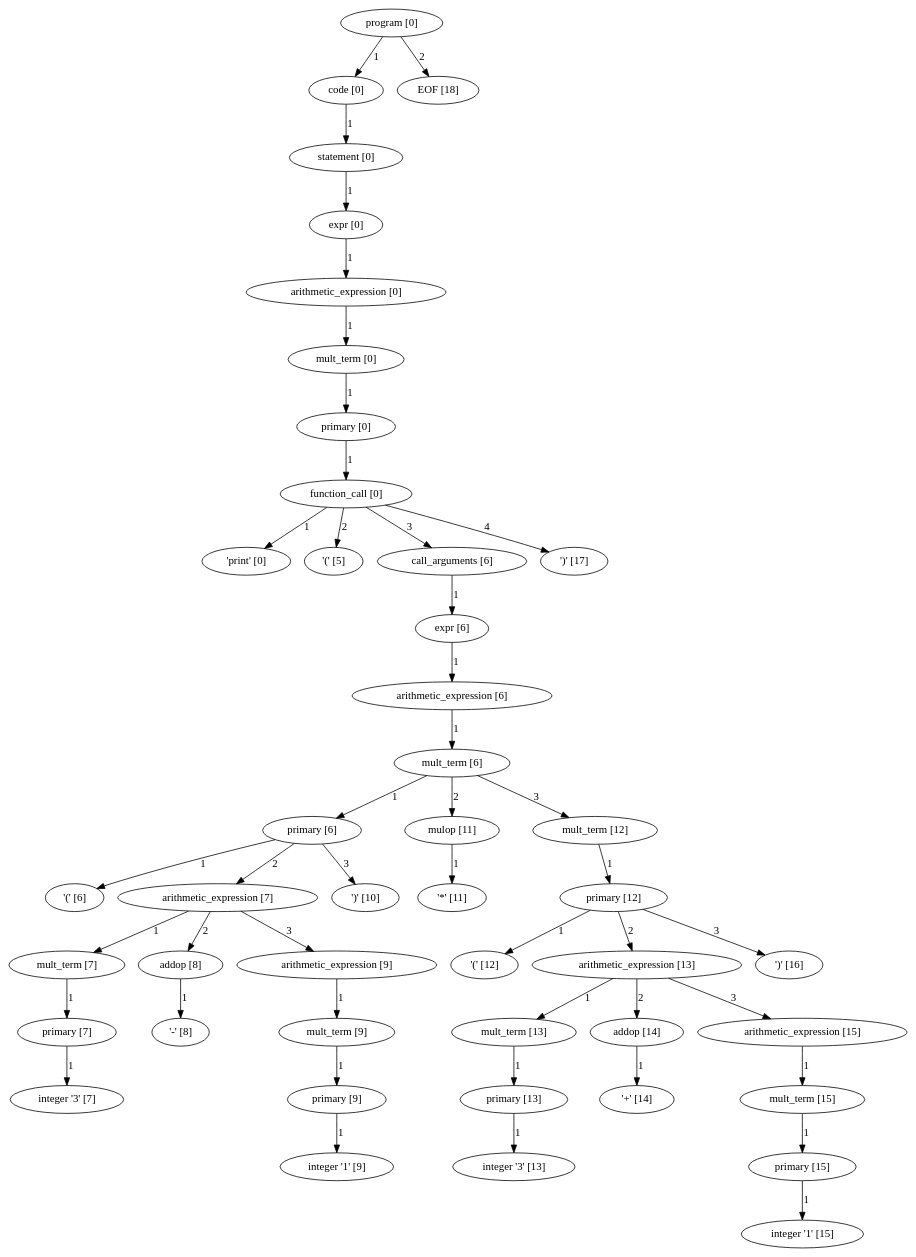
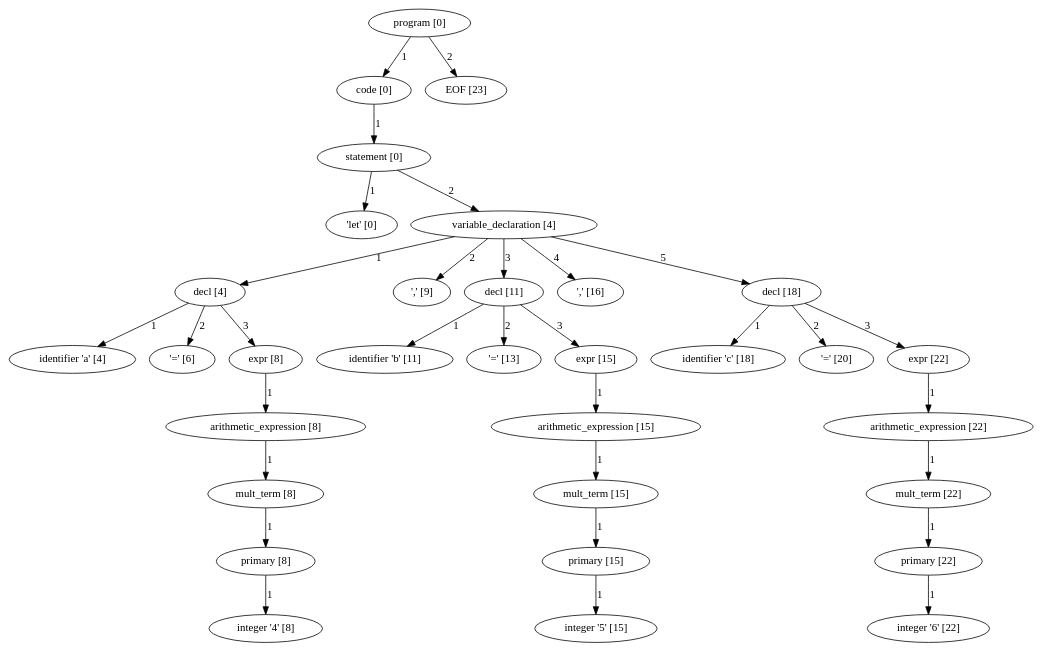
The diagram in my_parse_tree.dot (pragdave/cs3342_smurf), drawn with Graphviz before and after one commit. The commit also changed 8 other files, not shown here.

```diff
--- a/my_parse_tree.dot
+++ b/my_parse_tree.dot
@@ -1,135 +1,96 @@
 digraph arpeggio_graph {
-4442480960 [label="program [0]"];
-4442480960->4442480832 [label="1"]
+4402966976 [label="program [0]"];
+4402966976->4402966848 [label="1"]
 
-4442480832 [label="code [0]"];
-4442480832->4442480704 [label="1"]
+4402966848 [label="code [0]"];
+4402966848->4402966720 [label="1"]
 
-4442480704 [label="statement [0]"];
-4442480704->4442345280 [label="1"]
+4402966720 [label="statement [0]"];
+4402966720->4402617248 [label="1"]
 
-4442345280 [label="expr [0]"];
-4442345280->4442345152 [label="1"]
+4402617248 [label=" 'let' [0]"];
+4402966720->4402966592 [label="2"]
 
-4442345152 [label="arithmetic_expression [0]"];
-4442345152->4442345024 [label="1"]
+4402966592 [label="variable_declaration [4]"];
+4402966592->4402850368 [label="1"]
 
-4442345024 [label="mult_term [0]"];
-4442345024->4442344896 [label="1"]
+4402850368 [label="decl [4]"];
+4402850368->4402617472 [label="1"]
 
-4442344896 [label="primary [0]"];
-4442344896->4442344768 [label="1"]
+4402617472 [label="identifier 'a' [4]"];
+4402850368->4402617584 [label="2"]
 
-4442344768 [label="function_call [0]"];
-4442344768->4441912032 [label="1"]
+4402617584 [label=" '=' [6]"];
+4402850368->4402850240 [label="3"]
 
-4441912032 [label=" 'print' [0]"];
-4442344768->4441912144 [label="2"]
+4402850240 [label="expr [8]"];
+4402850240->4402850112 [label="1"]
 
-4441912144 [label=" '(' [5]"];
-4442344768->4442344640 [label="3"]
+4402850112 [label="arithmetic_expression [8]"];
+4402850112->4402849984 [label="1"]
 
-4442344640 [label="call_arguments [6]"];
-4442344640->4442344512 [label="1"]
+4402849984 [label="mult_term [8]"];
+4402849984->4402849856 [label="1"]
 
-4442344512 [label="expr [6]"];
-4442344512->4442344384 [label="1"]
+4402849856 [label="primary [8]"];
+4402849856->4402951216 [label="1"]
 
-4442344384 [label="arithmetic_expression [6]"];
-4442344384->4442344256 [label="1"]
+4402951216 [label="integer '4' [8]"];
+4402966592->4402951328 [label="2"]
 
-4442344256 [label="mult_term [6]"];
-4442344256->4442287168 [label="1"]
+4402951328 [label=" ',' [9]"];
+4402966592->4402851008 [label="3"]
 
-4442287168 [label="primary [6]"];
-4442287168->4442300704 [label="1"]
+4402851008 [label="decl [11]"];
+4402851008->4402951552 [label="1"]
 
-4442300704 [label=" '(' [6]"];
-4442287168->4442287040 [label="2"]
+4402951552 [label="identifier 'b' [11]"];
+4402851008->4402951664 [label="2"]
 
-4442287040 [label="arithmetic_expression [7]"];
-4442287040->4442285888 [label="1"]
+4402951664 [label=" '=' [13]"];
+4402851008->4402850880 [label="3"]
 
-4442285888 [label="mult_term [7]"];
-4442285888->4442285760 [label="1"]
+4402850880 [label="expr [15]"];
+4402850880->4402850752 [label="1"]
 
-4442285760 [label="primary [7]"];
-4442285760->4442301152 [label="1"]
+4402850752 [label="arithmetic_expression [15]"];
+4402850752->4402850624 [label="1"]
 
-4442301152 [label="integer '3' [7]"];
-4442287040->4442286016 [label="2"]
+4402850624 [label="mult_term [15]"];
+4402850624->4402850496 [label="1"]
 
-4442286016 [label="addop [8]"];
-4442286016->4442301264 [label="1"]
+4402850496 [label="primary [15]"];
+4402850496->4402951888 [label="1"]
 
-4442301264 [label=" '-' [8]"];
-4442287040->4442286912 [label="3"]
+4402951888 [label="integer '5' [15]"];
+4402966592->4402952000 [label="4"]
 
-4442286912 [label="arithmetic_expression [9]"];
-4442286912->4442286784 [label="1"]
+4402952000 [label=" ',' [16]"];
+4402966592->4402851648 [label="5"]
 
-4442286784 [label="mult_term [9]"];
-4442286784->4442286656 [label="1"]
+4402851648 [label="decl [18]"];
+4402851648->4402952224 [label="1"]
 
-4442286656 [label="primary [9]"];
-4442286656->4442302160 [label="1"]
+4402952224 [label="identifier 'c' [18]"];
+4402851648->4402952336 [label="2"]
 
-4442302160 [label="integer '1' [9]"];
-4442287168->4442302272 [label="3"]
+4402952336 [label=" '=' [20]"];
+4402851648->4402851520 [label="3"]
 
-4442302272 [label=" ')' [10]"];
-4442344256->4442287296 [label="2"]
+4402851520 [label="expr [22]"];
+4402851520->4402851392 [label="1"]
 
-4442287296 [label="mulop [11]"];
-4442287296->4442302384 [label="1"]
+4402851392 [label="arithmetic_expression [22]"];
+4402851392->4402851264 [label="1"]
 
-4442302384 [label=" '*' [11]"];
-4442344256->4442344128 [label="3"]
+4402851264 [label="mult_term [22]"];
+4402851264->4402851136 [label="1"]
 
-4442344128 [label="mult_term [12]"];
-4442344128->4442344000 [label="1"]
+4402851136 [label="primary [22]"];
+4402851136->4402952560 [label="1"]
 
-4442344000 [label="primary [12]"];
-4442344000->4442304176 [label="1"]
+4402952560 [label="integer '6' [22]"];
+4402966976->4402952672 [label="2"]
 
-4442304176 [label=" '(' [12]"];
-4442344000->4442343872 [label="2"]
-
-4442343872 [label="arithmetic_expression [13]"];
-4442343872->4442342720 [label="1"]
-
-4442342720 [label="mult_term [13]"];
-4442342720->4442342592 [label="1"]
-
-4442342592 [label="primary [13]"];
-4442342592->4442374320 [label="1"]
-
-4442374320 [label="integer '3' [13]"];
-4442343872->4442342848 [label="2"]
-
-4442342848 [label="addop [14]"];
-4442342848->4442374432 [label="1"]
-
-4442374432 [label=" '+' [14]"];
-4442343872->4442343744 [label="3"]
-
-4442343744 [label="arithmetic_expression [15]"];
-4442343744->4442343616 [label="1"]
-
-4442343616 [label="mult_term [15]"];
-4442343616->4442343488 [label="1"]
-
-4442343488 [label="primary [15]"];
-4442343488->4442375328 [label="1"]
-
-4442375328 [label="integer '1' [15]"];
-4442344000->4442375440 [label="3"]
-
-4442375440 [label=" ')' [16]"];
-4442344768->4442375552 [label="4"]
-
-4442375552 [label=" ')' [17]"];
-4442480960->4442375664 [label="2"]
-
-4442375664 [label="EOF [18]"];
+4402952672 [label="EOF [23]"];
 }
```
